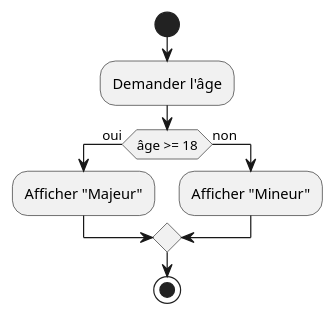
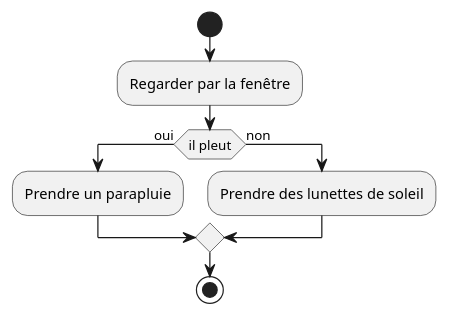
The first of 7 diagrams in 02.01-sequence-selection-iteration/01-supports-de-cours/README.md (HEIG-VD-Prog-Course/HEIG-VD-ProgIM-Course), drawn with PlantUML before and after one commit. The commit also changed other lines of this file and 1 other file, not shown here.

Commit message:
Refactor exercises in sequence, selection, and iteration section: (#15)

````diff
--- a/02.01-sequence-selection-iteration/01-supports-de-cours/README.md
+++ b/02.01-sequence-selection-iteration/01-supports-de-cours/README.md
@@ -313,12 +290,12 @@
 ```plantuml
 @startuml
 start
-:Demander l'âge;
-if (âge >= 18) then (oui)
-    :Afficher "Majeur";
+:Regarder par la fenêtre;
+if (il pleut) then (oui)
+    :Prendre un parapluie;
 else (non)
-    :Afficher "Mineur";
+    :Prendre des lunettes de soleil;
 endif
 stop
 @enduml
 ```
````
